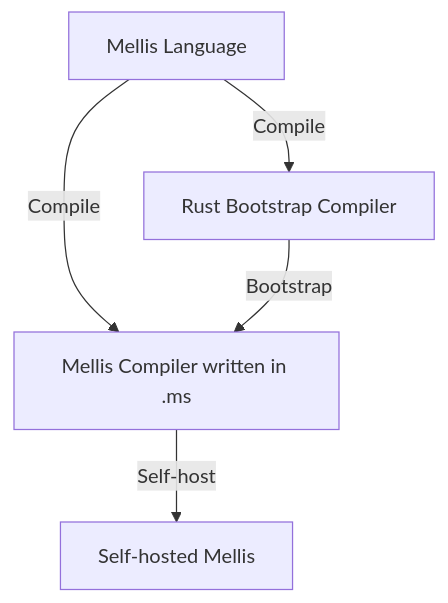
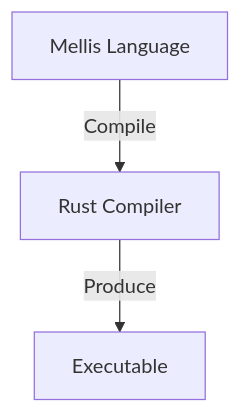
The diagram in docs/rust_bootstrap_strategy.md (17thedevv/luna), drawn with Mermaid before and after one commit. The commit also changed other lines of this file and 89 other files, not shown here.

````diff
--- a/docs/rust_bootstrap_strategy.md
+++ b/docs/rust_bootstrap_strategy.md
@@ -12,7 +12,5 @@
 ```mermaid
 graph TD
-    M[Mellis Language] -->|Compile| R[Rust Bootstrap Compiler]
-    M -->|Compile| MC[Mellis Compiler written in .ms]
-    R -->|Bootstrap| MC
-    MC -->|Self-host| SH[Self-hosted Mellis]
+    M[Mellis Language] -->|Compile| R[Rust Compiler]
+    R -->|Produce| E[Executable]
 ```
````
